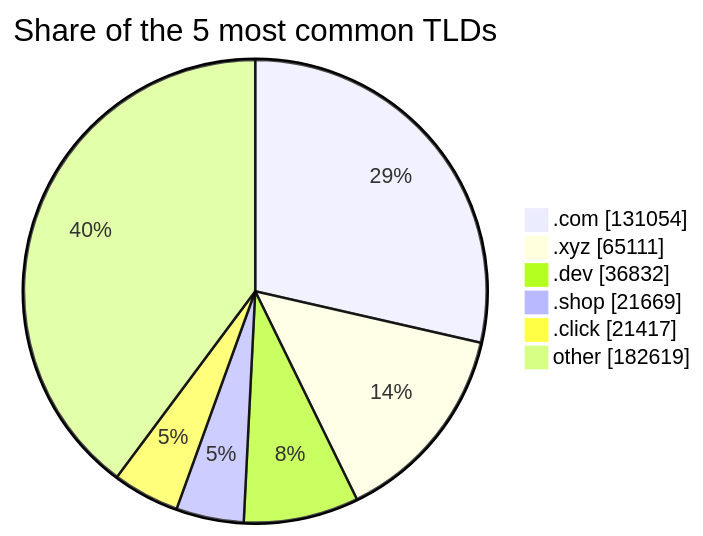
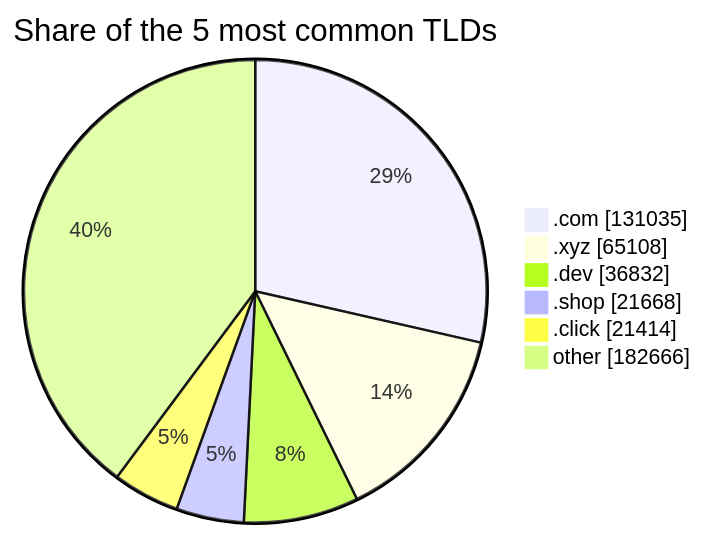
Before and after one commit to DNSBunker/CTI: the third of 3 diagrams in README.md, drawn with Mermaid. The commit also changed other lines of this file and 3 other files, not shown here.

````diff
--- a/README.md
+++ b/README.md
@@ -81,9 +81,9 @@
 ```mermaid
 pie showData title Share of the 5 most common TLDs
-    ".com" : 131054
-    ".xyz" : 65111
+    ".com" : 131035
+    ".xyz" : 65108
     ".dev" : 36832
-    ".shop" : 21669
-    ".click" : 21417
-    "other" : 182619
+    ".shop" : 21668
+    ".click" : 21414
+    "other" : 182666
 ```
````
